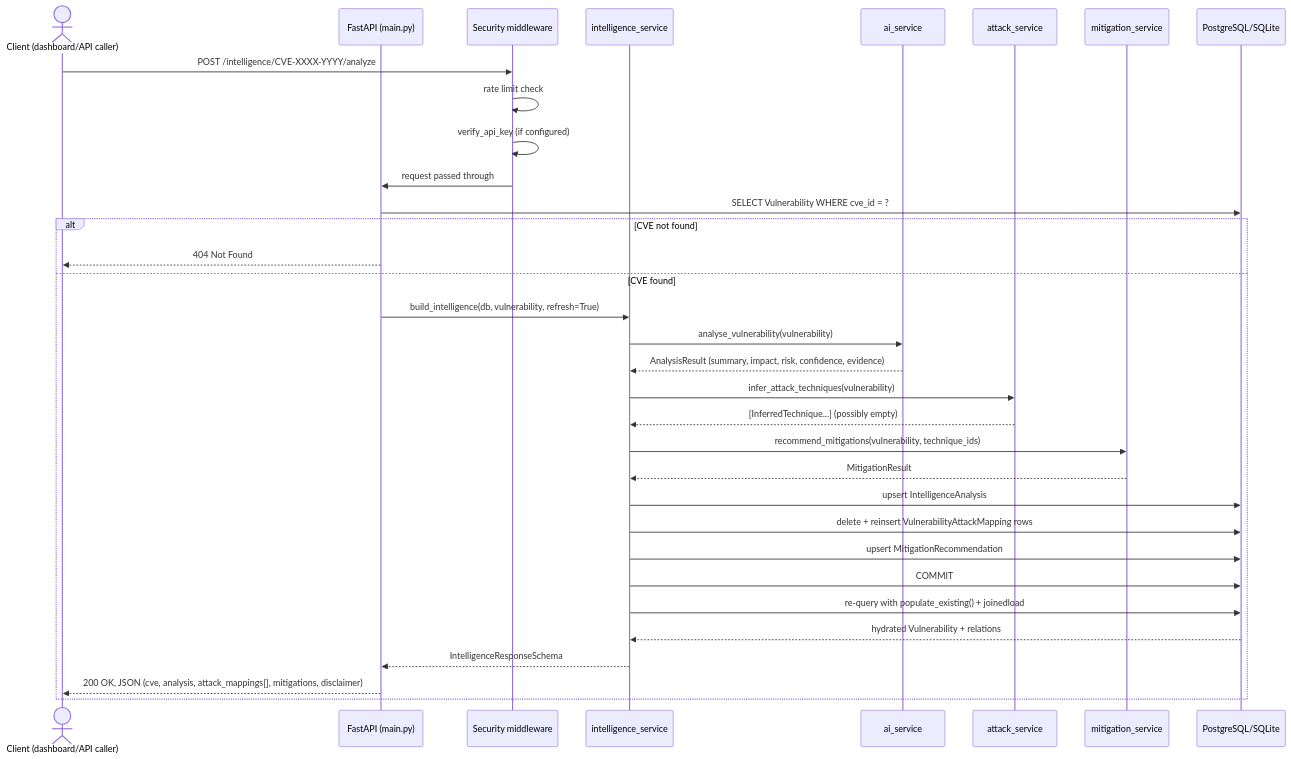
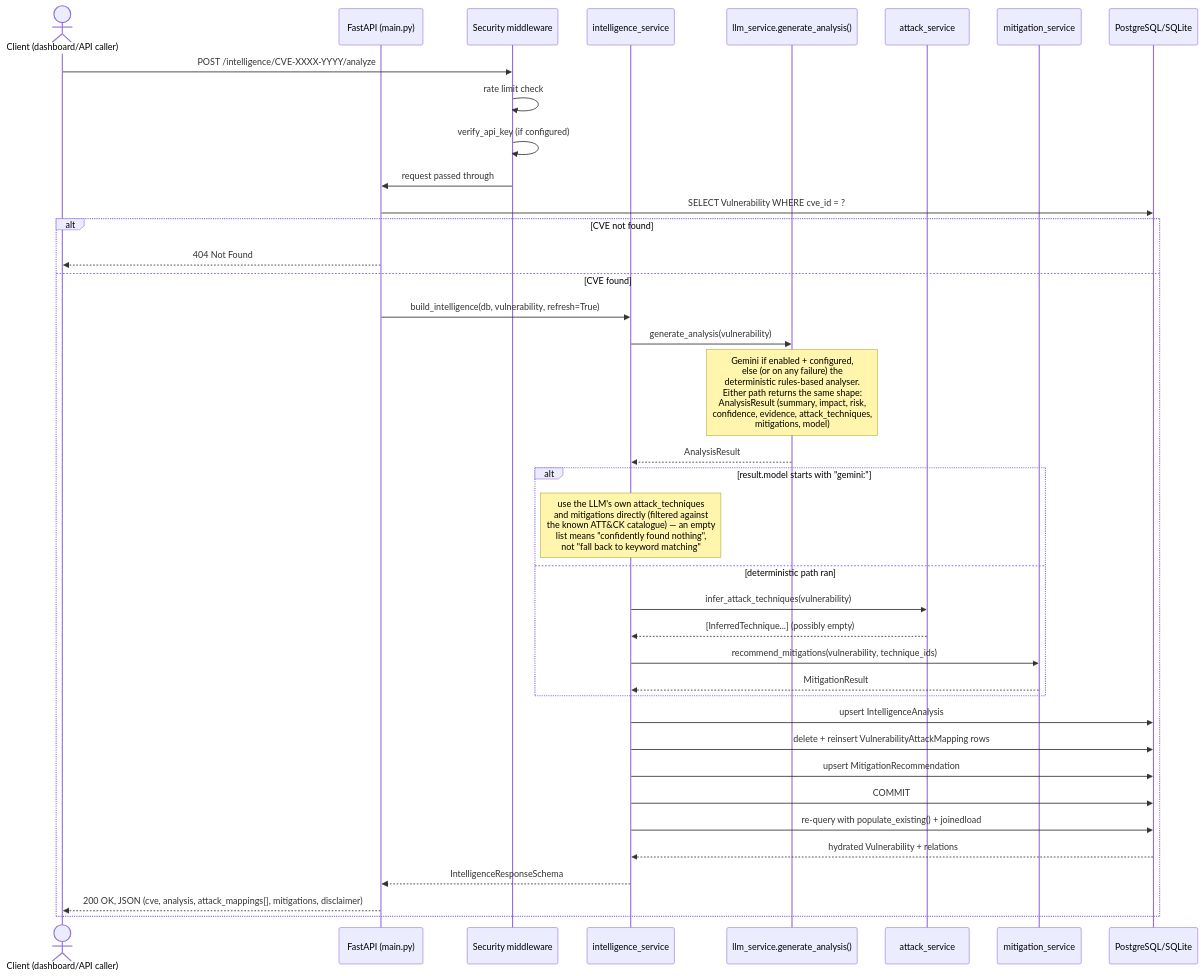
Before and after one commit to tripathin750/ai-threat-intelligence-assistant: the diagram in diagrams/sequence-intelligence-request.md, drawn with Mermaid. The commit also changed other lines of this file and 3 other files, not shown here.

First line of the commit message:
Update architecture diagrams for the LLM analysis layer

````diff
--- a/diagrams/sequence-intelligence-request.md
+++ b/diagrams/sequence-intelligence-request.md
@@ -5,36 +5,41 @@
 ```mermaid
 sequenceDiagram
     actor User as Client (dashboard/API caller)
     participant API as FastAPI (main.py)
     participant Sec as Security middleware
     participant Intel as intelligence_service
-    participant AI as ai_service
+    participant LLM as llm_service.generate_analysis()
     participant ATT as attack_service
     participant MIT as mitigation_service
     participant DB as PostgreSQL/SQLite
 
     User->>Sec: POST /intelligence/CVE-XXXX-YYYY/analyze
     Sec->>Sec: rate limit check
     Sec->>Sec: verify_api_key (if configured)
     Sec->>API: request passed through
     API->>DB: SELECT Vulnerability WHERE cve_id = ?
     alt CVE not found
         API-->>User: 404 Not Found
     else CVE found
         API->>Intel: build_intelligence(db, vulnerability, refresh=True)
-        Intel->>AI: analyse_vulnerability(vulnerability)
-        AI-->>Intel: AnalysisResult (summary, impact, risk, confidence, evidence)
-        Intel->>ATT: infer_attack_techniques(vulnerability)
-        ATT-->>Intel: [InferredTechnique...] (possibly empty)
-        Intel->>MIT: recommend_mitigations(vulnerability, technique_ids)
-        MIT-->>Intel: MitigationResult
+        Intel->>LLM: generate_analysis(vulnerability)
+        Note over LLM: Gemini if enabled + configured,<br/>else (or on any failure) the<br/>deterministic rules-based analyser.<br/>Either path returns the same shape:<br/>AnalysisResult (summary, impact, risk,<br/>confidence, evidence, attack_techniques,<br/>mitigations, model)
+        LLM-->>Intel: AnalysisResult
+        alt result.model starts with "gemini:"
+            Note over Intel: use the LLM's own attack_techniques<br/>and mitigations directly (filtered against<br/>the known ATT&CK catalogue) — an empty<br/>list means "confidently found nothing",<br/>not "fall back to keyword matching"
+        else deterministic path ran
+            Intel->>ATT: infer_attack_techniques(vulnerability)
+            ATT-->>Intel: [InferredTechnique...] (possibly empty)
+            Intel->>MIT: recommend_mitigations(vulnerability, technique_ids)
+            MIT-->>Intel: MitigationResult
+        end
         Intel->>DB: upsert IntelligenceAnalysis
         Intel->>DB: delete + reinsert VulnerabilityAttackMapping rows
         Intel->>DB: upsert MitigationRecommendation
         Intel->>DB: COMMIT
         Intel->>DB: re-query with populate_existing() + joinedload
         DB-->>Intel: hydrated Vulnerability + relations
         Intel-->>API: IntelligenceResponseSchema
         API-->>User: 200 OK, JSON (cve, analysis, attack_mappings[], mitigations, disclaimer)
     end
 ```
````
